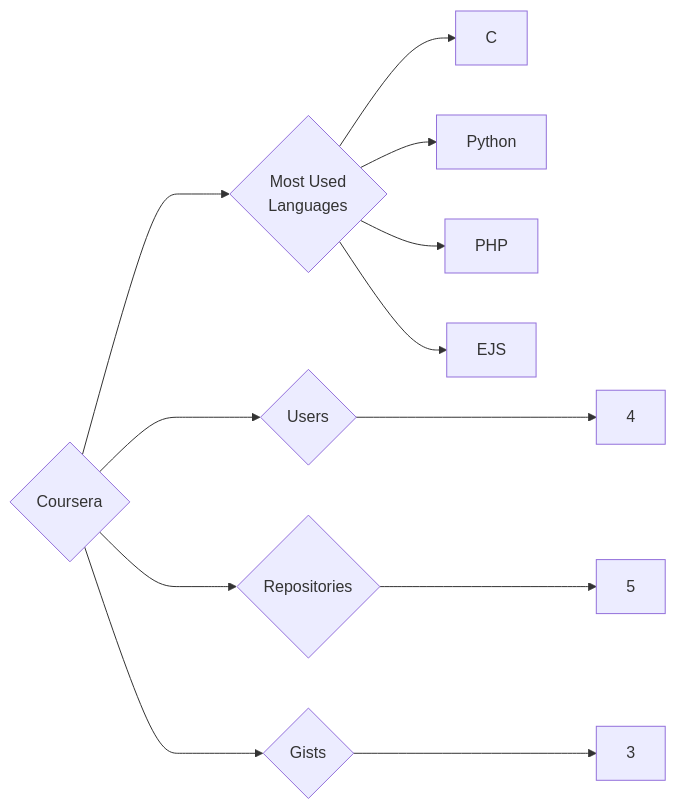
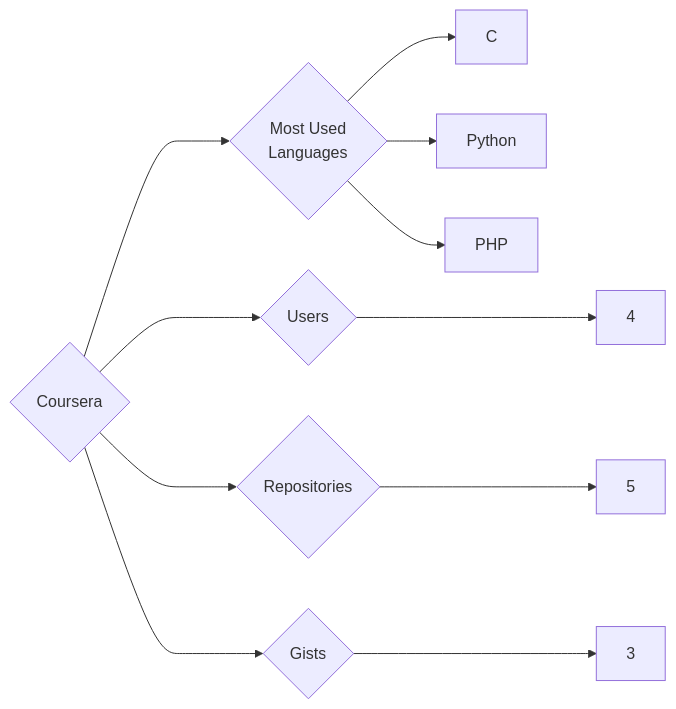
The diagram in targets/Coursera/README.md (trickest/insiders), drawn with Mermaid before and after one commit. The commit also changed 618 other files, not shown here.

````diff
--- a/targets/Coursera/README.md
+++ b/targets/Coursera/README.md
@@ -3,12 +3,11 @@
 ```mermaid
 graph LR
 COMPANY_NAME{Coursera}
 COMPANY_NAME ---> U{Users} ---> UN[4]
 COMPANY_NAME ---> R{Repositories} ---> RN[5]
 COMPANY_NAME ---> G{Gists} ---> GN[3]
 COMPANY_NAME ---> ML{Most Used<br>Languages}
 ML --> C[C]
 ML --> Python[Python]
 ML --> PHP[PHP]
-ML --> EJS[EJS]
 ```
````
